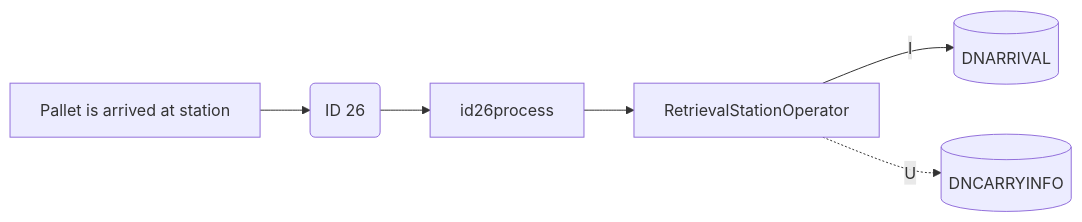
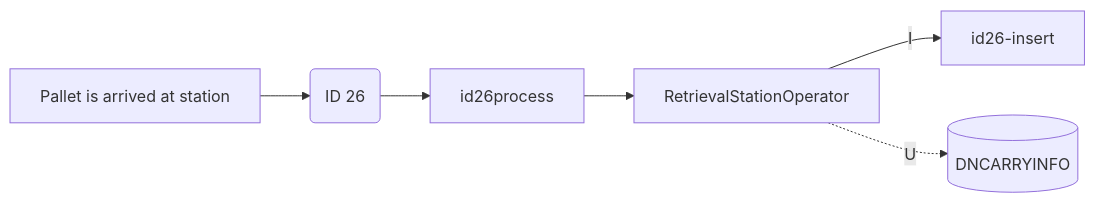
The eighth of 8 diagrams in Basic-Design/DFD-WMS/Retrieval/Unplanned-Retrieval-from-HP-Area.md (luthfiadityaa/SimeDarby-Wiki), drawn with Mermaid before and after one commit. The commit also changed other lines of this file, not shown here.

```diff
--- a/Basic-Design/DFD-WMS/Retrieval/Unplanned-Retrieval-from-HP-Area.md
+++ b/Basic-Design/DFD-WMS/Retrieval/Unplanned-Retrieval-from-HP-Area.md
@@ -233,29 +233,25 @@
 ::: mermaid
 flowchart LR
 
 buttonclicked["
 Pallet is arrived at station
 "]
 
 id26msg("
 ID 26
 ")
-
-id26-insert[("
-DNARRIVAL
-")]
 
 id26-update[("
 DNCARRYINFO
 ")]
 
 id26process[id26process]
 retrievaloperator[RetrievalStationOperator]
 
 
 buttonclicked --> id26msg
 id26msg -->id26process
 id26process-->retrievaloperator
 retrievaloperator--I-->id26-insert
 retrievaloperator-.U.->id26-update
 :::
```
